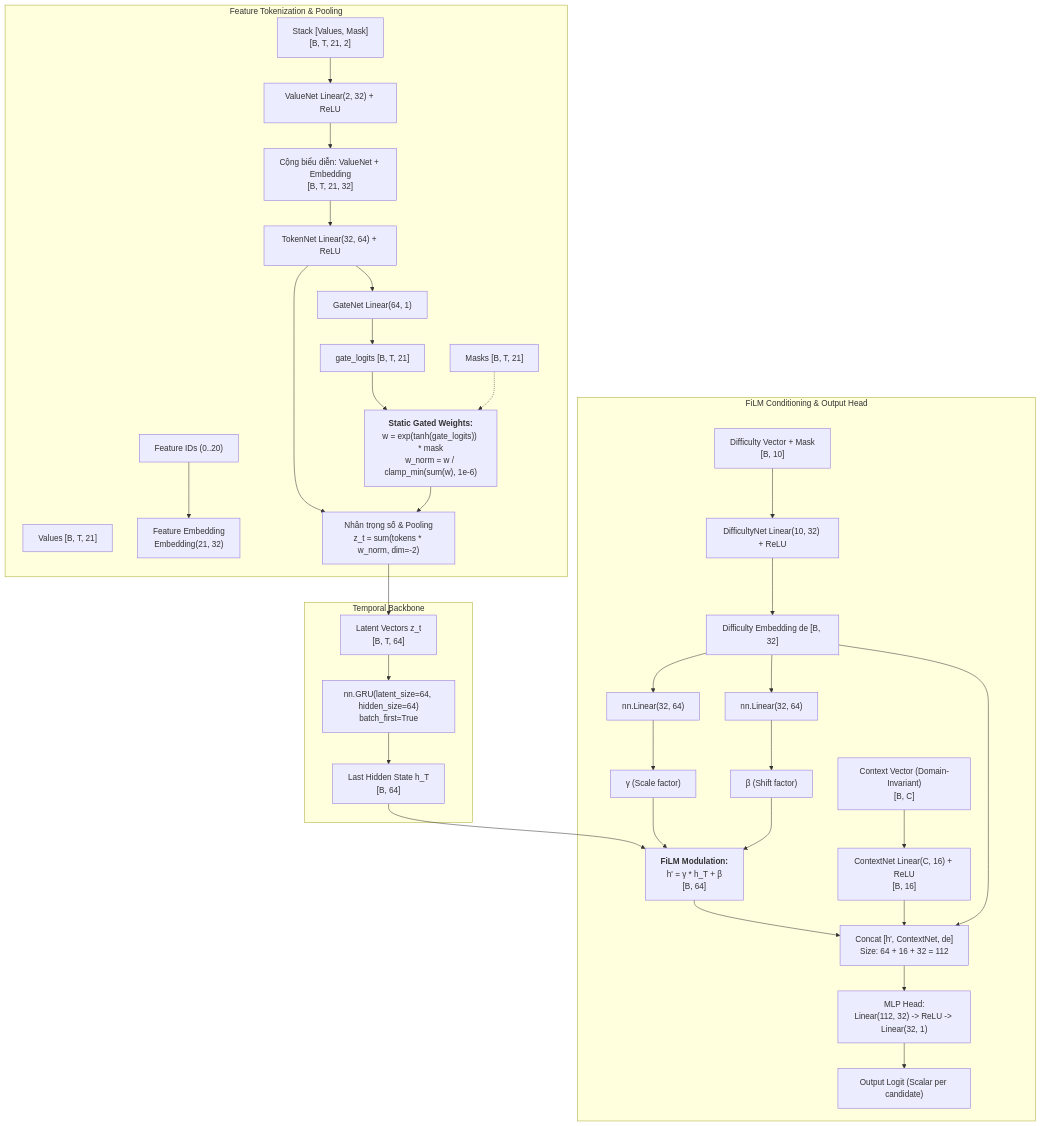
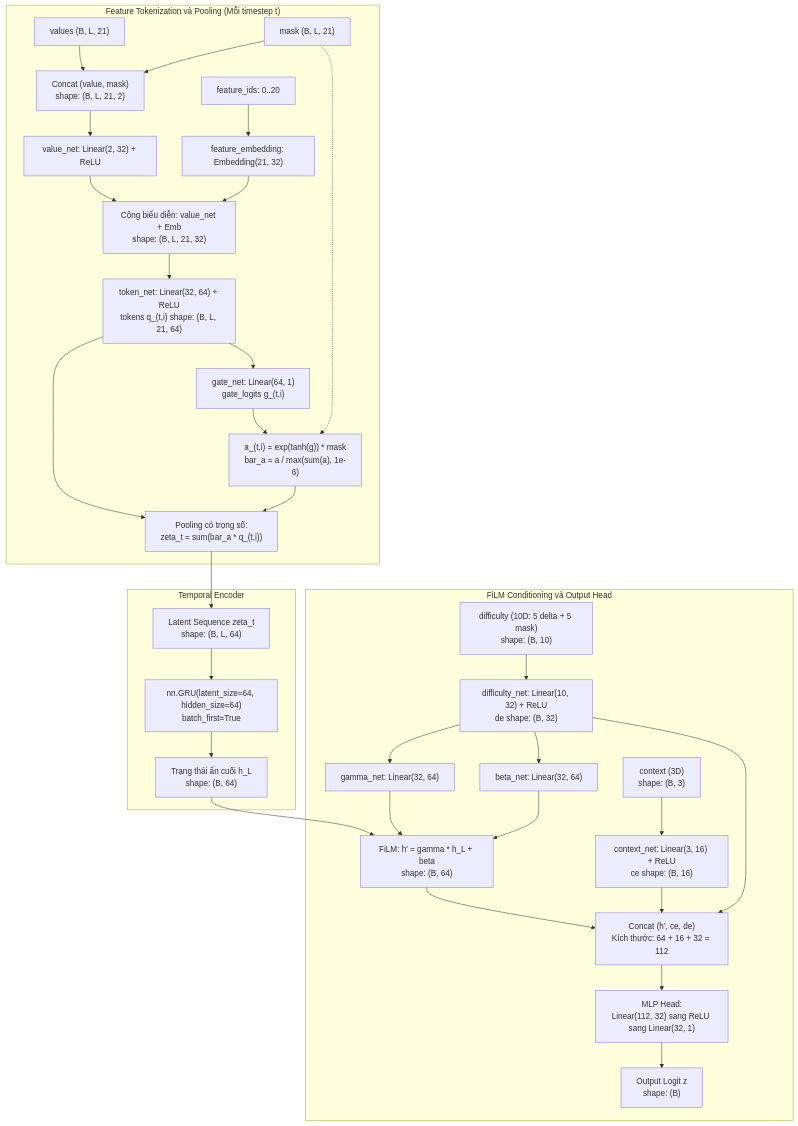
The tenth of 16 diagrams in SYSTEM_ARCHITECTURE_ANALYSIS.md (sonbm-itealvn/DDA-models), drawn with Mermaid before and after one commit. The commit also changed other lines of this file and 2 other files, not shown here.

````diff
--- a/SYSTEM_ARCHITECTURE_ANALYSIS.md
+++ b/SYSTEM_ARCHITECTURE_ANALYSIS.md
@@ -337,55 +600,51 @@
 ```mermaid
 flowchart TD
-    subgraph Feature Tokenization & Pooling
-        V["Values [B, T, 21]"]
-        M["Masks [B, T, 21]"]
-        F_ID["Feature IDs (0..20)"]
+    subgraph Sub_Tokenization ["Feature Tokenization và Pooling (Mỗi timestep t)"]
+        V["values (B, L, 21)"]
+        M["mask (B, L, 21)"]
+        VM["Concat (value, mask)<br/>shape: (B, L, 21, 2)"]
+        V --> VM
+        M --> VM
         
-        VM["Stack [Values, Mask]<br/>[B, T, 21, 2]"]
-        F_ID --> Emb["Feature Embedding<br/>Embedding(21, 32)"]
+        VM --> VNet["value_net: Linear(2, 32) + ReLU"]
+        FID["feature_ids: 0..20"] --> Emb["feature_embedding: Embedding(21, 32)"]
         
-        VM --> ValNet["ValueNet Linear(2, 32) + ReLU"]
-        ValNet --> Add["Cộng biểu diễn: ValueNet + Embedding<br/>[B, T, 21, 32]"]
-        Add --> TokNet["TokenNet Linear(32, 64) + ReLU"]
+        VNet --> AddTok["Cộng biểu diễn: value_net + Emb<br/>shape: (B, L, 21, 32)"]
+        Emb --> AddTok
+        AddTok --> TNet["token_net: Linear(32, 64) + ReLU<br/>tokens q_(t,i) shape: (B, L, 21, 64)"]
         
-        TokNet --> GateNet["GateNet Linear(64, 1)"]
-        GateNet --> GtLogit["gate_logits [B, T, 21]"]
-        GtLogit --> WeightCalc["<b>Static Gated Weights:</b><br/>w = exp(tanh(gate_logits)) * mask<br/>w_norm = w / clamp_min(sum(w), 1e-6)"]
-        M -.-> WeightCalc
+        TNet --> GNet["gate_net: Linear(64, 1)<br/>gate_logits g_(t,i)"]
+        GNet --> GWeight["a_(t,i) = exp(tanh(g)) * mask<br/>bar_a = a / max(sum(a), 1e-6)"]
+        M -.-> GWeight
         
-        TokNet --> MatMul["Nhân trọng số & Pooling<br/>z_t = sum(tokens * w_norm, dim=-2)"]
-        WeightCalc --> MatMul
+        TNet --> Pool["Pooling có trọng số:<br/>zeta_t = sum(bar_a * q_(t,i))"]
+        GWeight --> Pool
     end
 
-    subgraph Temporal Backbone
-        MatMul --> LatentZ["Latent Vectors z_t<br/>[B, T, 64]"]
-        LatentZ --> GRU["nn.GRU(latent_size=64, hidden_size=64)<br/>batch_first=True"]
-        GRU --> HiddenH["Last Hidden State h_T<br/>[B, 64]"]
+    subgraph Sub_Temporal ["Temporal Encoder"]
+        Pool --> LatZ["Latent Sequence zeta_t<br/>shape: (B, L, 64)"]
+        LatZ --> GRU["nn.GRU(latent_size=64, hidden_size=64)<br/>batch_first=True"]
+        GRU --> Hidden["Trạng thái ẩn cuối h_L<br/>shape: (B, 64)"]
     end
 
-    subgraph FiLM Conditioning & Output Head
-        Diff["Difficulty Vector + Mask<br/>[B, 10]"]
-        Context["Context Vector (Domain-Invariant)<br/>[B, C]"]
+    subgraph Sub_FiLM ["FiLM Conditioning và Output Head"]
+        DIn["difficulty (10D: 5 delta + 5 mask)<br/>shape: (B, 10)"]
+        DIn --> DNet["difficulty_net: Linear(10, 32) + ReLU<br/>de shape: (B, 32)"]
         
-        Diff --> DiffNet["DifficultyNet Linear(10, 32) + ReLU"]
-        DiffNet --> DE["Difficulty Embedding de [B, 32]"]
+        DNet --> GLinear["gamma_net: Linear(32, 64)"]
+        DNet --> BLinear["beta_net: Linear(32, 64)"]
         
-        DE --> GammaLinear["nn.Linear(32, 64)"]
-        DE --> BetaLinear["nn.Linear(32, 64)"]
-        GammaLinear --> Gamma["γ (Scale factor)"]
-        BetaLinear --> Beta["β (Shift factor)"]
+        Hidden --> FiLMMod["FiLM: h' = gamma * h_L + beta<br/>shape: (B, 64)"]
+        GLinear --> FiLMMod
+        BLinear --> FiLMMod
         
-        HiddenH --> FiLMMod["<b>FiLM Modulation:</b><br/>h' = γ * h_T + β<br/>[B, 64]"]
-        Gamma --> FiLMMod
-        Beta --> FiLMMod
+        CIn["context (3D)<br/>shape: (B, 3)"] --> CNet["context_net: Linear(3, 16) + ReLU<br/>ce shape: (B, 16)"]
         
-        Context --> CtxNet["ContextNet Linear(C, 16) + ReLU<br/>[B, 16]"]
+        FiLMMod --> ConcatHead["Concat (h', ce, de)<br/>Kích thước: 64 + 16 + 32 = 112"]
+        CNet --> ConcatHead
+        DNet --> ConcatHead
         
-        FiLMMod --> Cat["Concat [h', ContextNet, de]<br/>Size: 64 + 16 + 32 = 112"]
-        CtxNet --> Cat
-        DE --> Cat
-        
-        Cat --> Head["MLP Head:<br/>Linear(112, 32) -> ReLU -> Linear(32, 1)"]
-        Head --> Logit["Output Logit (Scalar per candidate)"]
+        ConcatHead --> Head["MLP Head:<br/>Linear(112, 32) sang ReLU sang Linear(32, 1)"]
+        Head --> OutLogit["Output Logit z<br/>shape: (B)"]
     end
 ```
````
